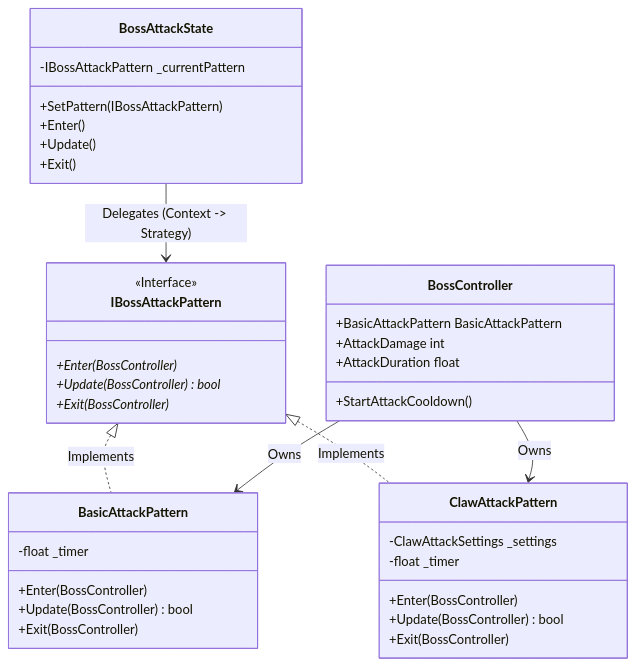
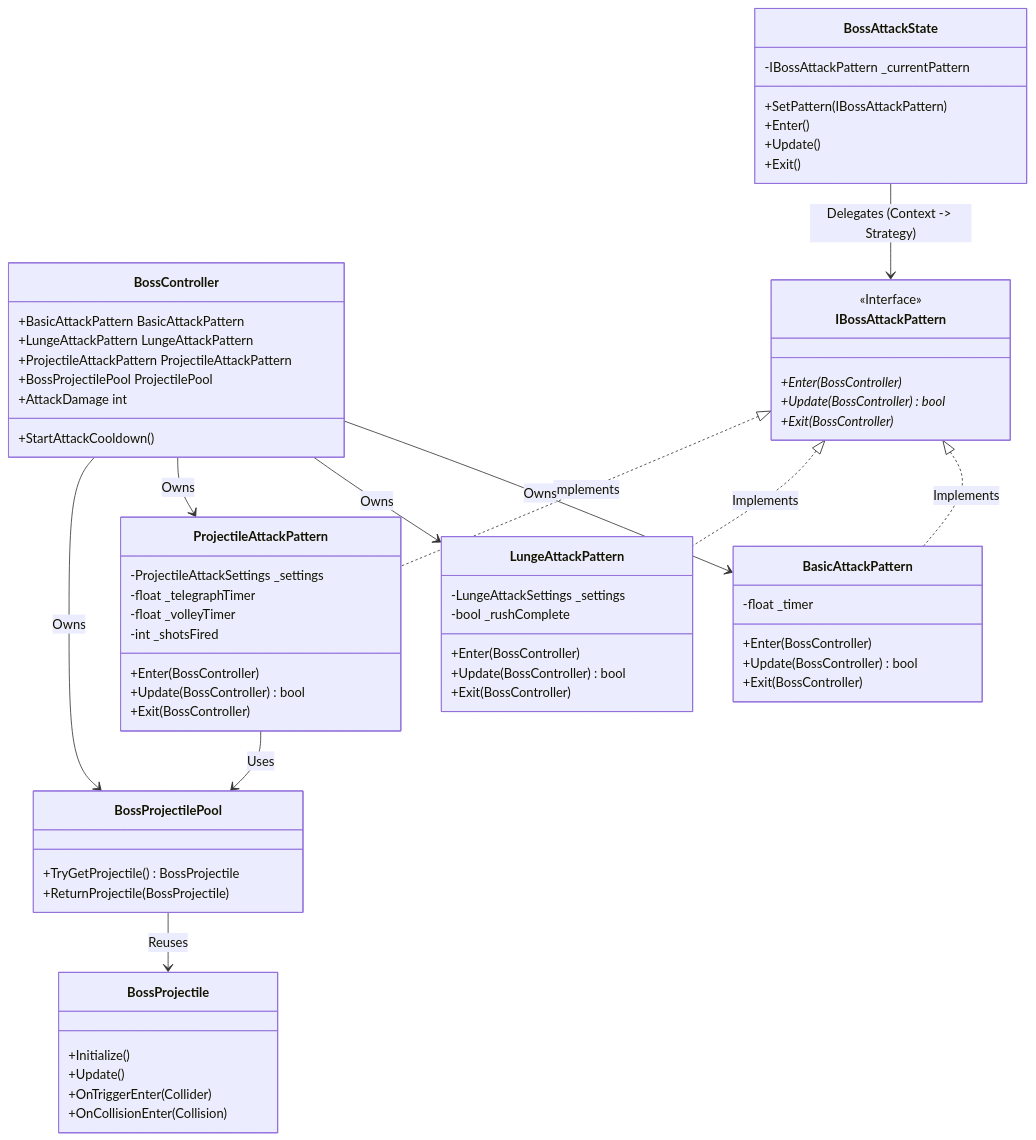
One commit to rozlfdl31-prog/BossRaidPortfolio changed the third of 3 diagrams in docs/technical/System_Blueprint.md. Above: the diagram before and after it, drawn with Mermaid. The commit also changed other lines of this file and 25 other files, not shown here.

Commit message:
feat(boss): implement dragon fire breath projectile pattern

````diff
--- a/docs/technical/System_Blueprint.md
+++ b/docs/technical/System_Blueprint.md
@@ -199,48 +204,77 @@
 ```mermaid
 classDiagram
     direction TB
 
     class BossController {
         +BasicAttackPattern BasicAttackPattern
+        +LungeAttackPattern LungeAttackPattern
+        +ProjectileAttackPattern ProjectileAttackPattern
+        +BossProjectilePool ProjectilePool
         +StartAttackCooldown()
         +AttackDamage int
-        +AttackDuration float
     }
 
     class BossAttackState {
         -IBossAttackPattern _currentPattern
         +SetPattern(IBossAttackPattern)
         +Enter()
         +Update()
         +Exit()
     }
 
     class IBossAttackPattern {
         <<Interface>>
         +Enter(BossController)*
         +Update(BossController)* bool
         +Exit(BossController)*
     }
 
     class BasicAttackPattern {
         -float _timer
         +Enter(BossController)
         +Update(BossController) bool
         +Exit(BossController)
     }
 
-    class ClawAttackPattern {
-        -ClawAttackSettings _settings
-        -float _timer
+    class LungeAttackPattern {
+        -LungeAttackSettings _settings
+        -bool _rushComplete
         +Enter(BossController)
         +Update(BossController) bool
         +Exit(BossController)
     }
 
+    class ProjectileAttackPattern {
+        -ProjectileAttackSettings _settings
+        -float _telegraphTimer
+        -float _volleyTimer
+        -int _shotsFired
+        +Enter(BossController)
+        +Update(BossController) bool
+        +Exit(BossController)
+    }
+
+    class BossProjectile {
+        +Initialize()
+        +Update()
+        +OnTriggerEnter(Collider)
+        +OnCollisionEnter(Collision)
+    }
+
+    class BossProjectilePool {
+        +TryGetProjectile() BossProjectile
+        +ReturnProjectile(BossProjectile)
+    }
+
     %% Relationships
     BossAttackState --> IBossAttackPattern : Delegates (Context -> Strategy)
     IBossAttackPattern <|.. BasicAttackPattern : Implements
-    IBossAttackPattern <|.. ClawAttackPattern : Implements
+    IBossAttackPattern <|.. LungeAttackPattern : Implements
+    IBossAttackPattern <|.. ProjectileAttackPattern : Implements
     BossController --> BasicAttackPattern : Owns
-    BossController --> ClawAttackPattern : Owns
+    BossController --> LungeAttackPattern : Owns
+    BossController --> ProjectileAttackPattern : Owns
+    BossController --> BossProjectilePool : Owns
+    ProjectileAttackPattern --> BossProjectilePool : Uses
+    BossProjectilePool --> BossProjectile : Reuses
 ```
````
